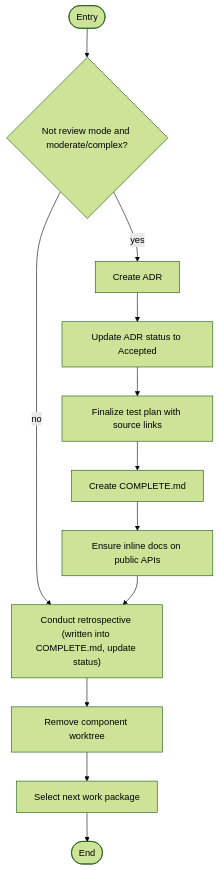
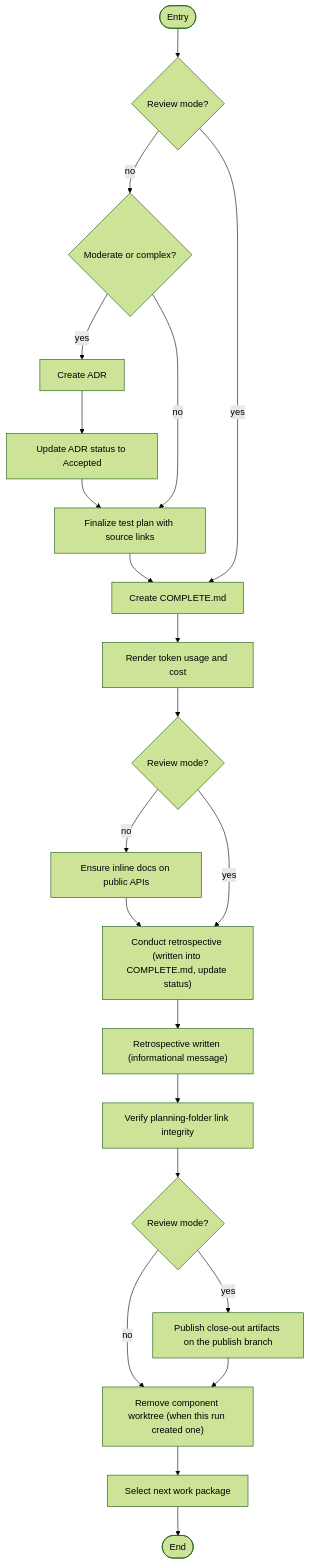
Diagram 15 of 15 in work-package/activities/README.md (m2ux/workflow-server), drawn with Mermaid (forest theme) before and after one commit. The commit also changed other lines of this file and 49 other files, not shown here.

First line of the commit message:
fix(work-package): close the 27 review-mode definition defects from #346

````diff
--- a/work-package/activities/README.md
+++ b/work-package/activities/README.md
@@ -454,15 +454,27 @@
 ```mermaid
 graph TD
-    entryNode(["Entry"]) --> checkADR{"Not review mode and moderate/complex?"}
+    entryNode(["Entry"]) --> adrGate{"Review mode?"}
+
+    adrGate -->|"no"| checkADR{"Moderate or complex?"}
     checkADR -->|"yes"| createADR["Create ADR"]
     createADR --> updateADR["Update ADR status to Accepted"]
     updateADR --> finalizeTestPlan
-    checkADR -->|"no"| retrospective
+    checkADR -->|"no"| finalizeTestPlan["Finalize test plan with source links"]
+    finalizeTestPlan --> createComplete
 
-    finalizeTestPlan["Finalize test plan with source links"] --> createComplete["Create COMPLETE.md"]
-    createComplete --> ensureDocs["Ensure inline docs on public APIs"]
-    ensureDocs --> retrospective["Conduct retrospective (written into COMPLETE.md, update status)"]
-    retrospective --> removeWorktree["Remove component worktree"]
+    adrGate -->|"yes"| createComplete["Create COMPLETE.md"]
+    createComplete --> tokenUsage["Render token usage and cost"]
+    tokenUsage --> docsGate{"Review mode?"}
+    docsGate -->|"no"| ensureDocs["Ensure inline docs on public APIs"]
+    ensureDocs --> retrospective
+    docsGate -->|"yes"| retrospective["Conduct retrospective (written into COMPLETE.md, update status)"]
+
+    retrospective --> announce["Retrospective written (informational message)"]
+    announce --> verifyLinks["Verify planning-folder link integrity"]
+    verifyLinks --> publishGate{"Review mode?"}
+    publishGate -->|"yes"| republish["Publish close-out artifacts on the publish branch"]
+    publishGate -->|"no"| removeWorktree
+    republish --> removeWorktree["Remove component worktree (when this run created one)"]
     removeWorktree --> selectNext["Select next work package"]
     selectNext --> doneNode(["End"])
 ```
````
